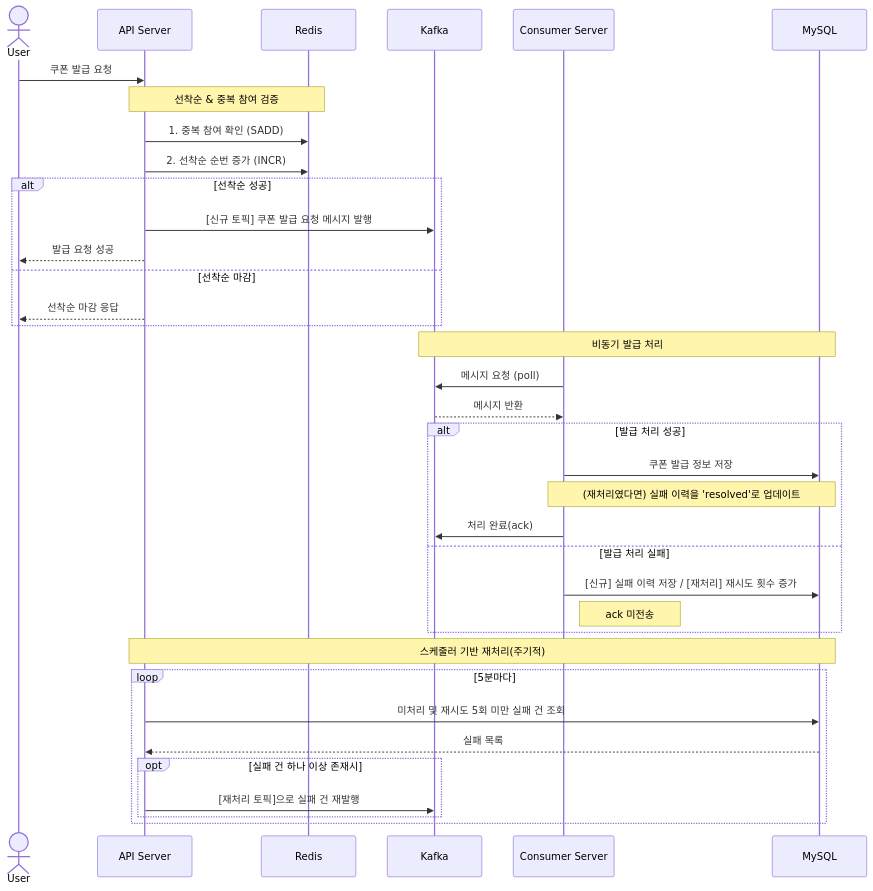
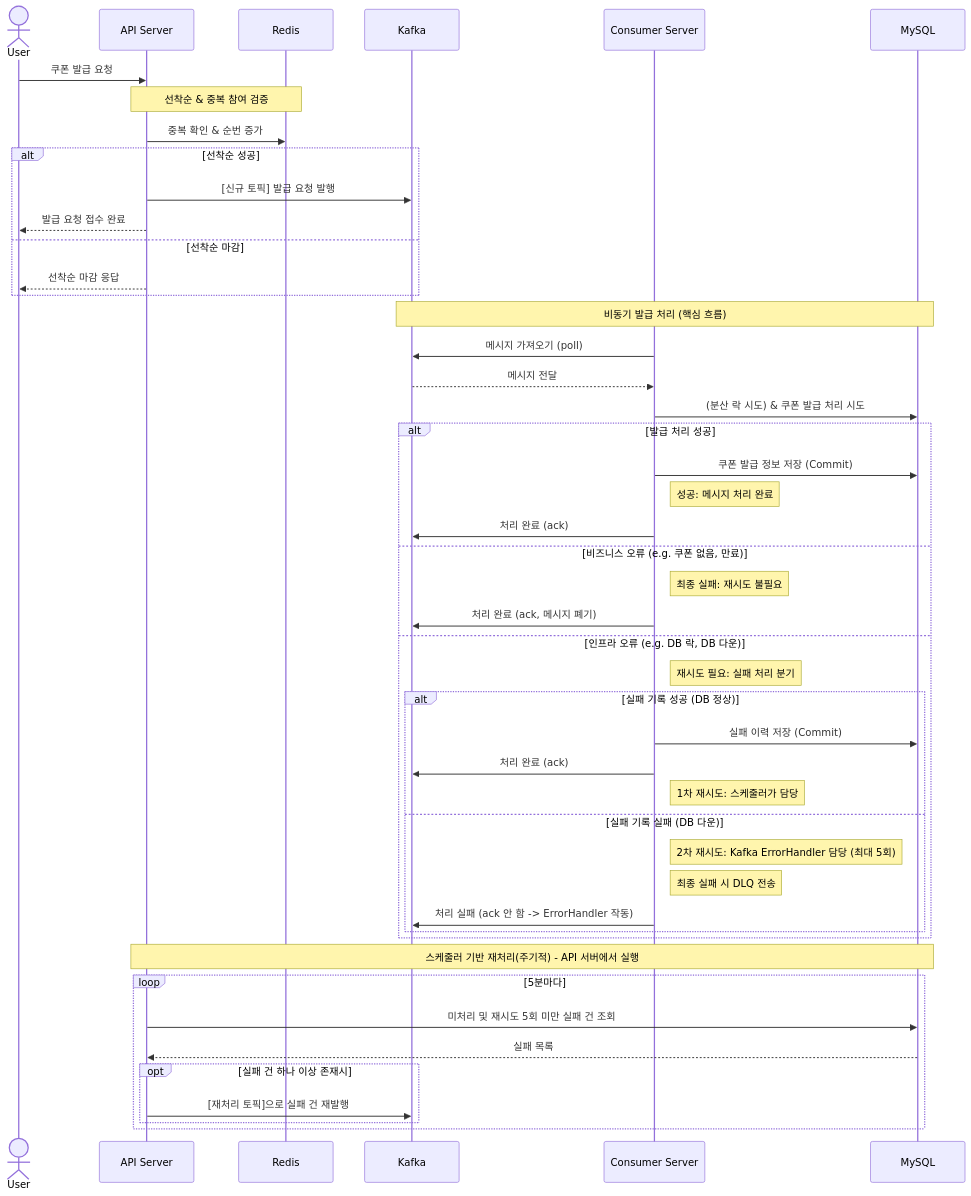
One commit to devFancy/springboot-coupon-system changed the second of 3 diagrams in docs/coupon-domain-modeling.md. Above: the diagram before and after it, drawn with Mermaid. The commit also changed 16 other files, not shown here.

First line of the commit message:
refactor: Kafka 컨슈머 오류 처리 로직 개선 및 스케줄러 재처리 방식 개선 (#55)

````diff
--- a/docs/coupon-domain-modeling.md
+++ b/docs/coupon-domain-modeling.md
@@ -224,45 +224,59 @@
 ```mermaid
 sequenceDiagram
   actor User
   participant API Server
   participant Redis
   participant Kafka
   participant Consumer Server
   participant DB as MySQL
 
   User->>API Server: 쿠폰 발급 요청
 
   note over API Server, Redis: 선착순 & 중복 참여 검증
-  API Server->>Redis: 1. 중복 참여 확인 (SADD)
-  API Server->>Redis: 2. 선착순 순번 증가 (INCR)
+  API Server->>Redis: 중복 확인 & 순번 증가
 
   alt 선착순 성공
-    API Server->>Kafka: [신규 토픽] 쿠폰 발급 요청 메시지 발행
-    API Server-->>User: 발급 요청 성공
+    API Server->>Kafka: [신규 토픽] 발급 요청 발행
+    API Server-->>User: 발급 요청 접수 완료
   else 선착순 마감
     API Server-->>User: 선착순 마감 응답
   end
 
-  note over Kafka, DB: 비동기 발급 처리
-  Consumer Server->>Kafka: 메시지 요청 (poll)
-  Kafka-->>Consumer Server: 메시지 반환
+  note over Kafka, DB: 비동기 발급 처리 (핵심 흐름)
+  Consumer Server->>Kafka: 메시지 가져오기 (poll)
+  Kafka-->>Consumer Server: 메시지 전달
+
+  Consumer Server->>DB: (분산 락 시도) & 쿠폰 발급 처리 시도
 
   alt 발급 처리 성공
-    Consumer Server->>DB: 쿠폰 발급 정보 저장
-    note over Consumer Server, DB: (재처리였다면) 실패 이력을 'resolved'로 업데이트
-    Consumer Server->>Kafka: 처리 완료(ack)
-  else 발급 처리 실패
-    Consumer Server->>DB: [신규] 실패 이력 저장 / [재처리] 재시도 횟수 증가
-    note right of Consumer Server: ack 미전송
+    Consumer Server->>DB: 쿠폰 발급 정보 저장 (Commit)
+    note right of Consumer Server: 성공: 메시지 처리 완료
+    Consumer Server->>Kafka: 처리 완료 (ack)
+
+  else 비즈니스 오류 (e.g. 쿠폰 없음, 만료)
+    note right of Consumer Server: 최종 실패: 재시도 불필요
+    Consumer Server->>Kafka: 처리 완료 (ack, 메시지 폐기)
+
+  else 인프라 오류 (e.g. DB 락, DB 다운)
+    note right of Consumer Server: 재시도 필요: 실패 처리 분기
+    alt 실패 기록 성공 (DB 정상)
+      Consumer Server->>DB: 실패 이력 저장 (Commit)
+      Consumer Server->>Kafka: 처리 완료 (ack)
+      note right of Consumer Server: 1차 재시도: 스케줄러가 담당
+    else 실패 기록 실패 (DB 다운)
+      note right of Consumer Server: 2차 재시도: Kafka ErrorHandler 담당 (최대 5회)
+      note right of Consumer Server: 최종 실패 시 DLQ 전송
+      Consumer Server->>Kafka: 처리 실패 (ack 안 함 -> ErrorHandler 작동)
+    end
   end
 
-  note over API Server, DB: 스케줄러 기반 재처리(주기적)
+  note over API Server, DB: 스케줄러 기반 재처리(주기적) - API 서버에서 실행
   loop 5분마다
     API Server->>DB: 미처리 및 재시도 5회 미만 실패 건 조회
     DB-->>API Server: 실패 목록
 
     opt 실패 건 하나 이상 존재시
       API Server->>Kafka: [재처리 토픽]으로 실패 건 재발행
     end
   end
 ```
````
